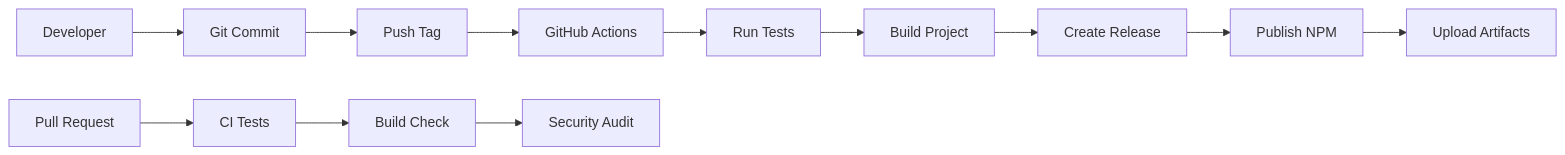
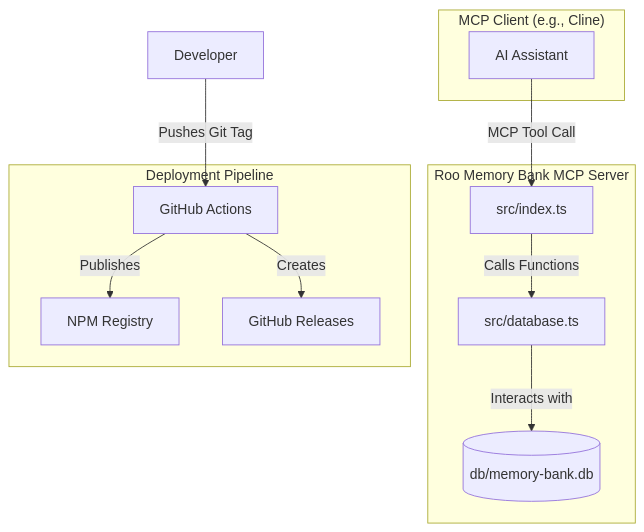
One commit to pnocera/roo-code-memory-bank-mcp-server changed the diagram in docs/README.md. Above: the diagram before and after it, drawn with Mermaid. The commit also changed other lines of this file and 6 other files, not shown here.

````diff
--- a/docs/README.md
+++ b/docs/README.md
@@ -42,15 +23,26 @@
 ```mermaid
-graph LR
-    A[Developer] --> B[Git Commit]
-    B --> C[Push Tag]
-    C --> D[GitHub Actions]
-    D --> E[Run Tests]
-    E --> F[Build Project]
-    F --> G[Create Release]
-    G --> H[Publish NPM]
-    H --> I[Upload Artifacts]
+graph TD
+    subgraph "MCP Client (e.g., Cline)"
+        A[AI Assistant]
+    end
+
+    subgraph "Roo Memory Bank MCP Server"
+        B[src/index.ts]
+        C[src/database.ts]
+        D[(db/memory-bank.db)]
+    end
     
-    J[Pull Request] --> K[CI Tests]
-    K --> L[Build Check]
-    L --> M[Security Audit]
+    subgraph "Deployment Pipeline"
+        E[GitHub Actions]
+        F[NPM Registry]
+        G[GitHub Releases]
+    end
+
+    A -- MCP Tool Call --> B
+    B -- Calls Functions --> C
+    C -- Interacts with --> D
+    
+    H[Developer] -- Pushes Git Tag --> E
+    E -- Publishes --> F
+    E -- Creates --> G
 ```
````
